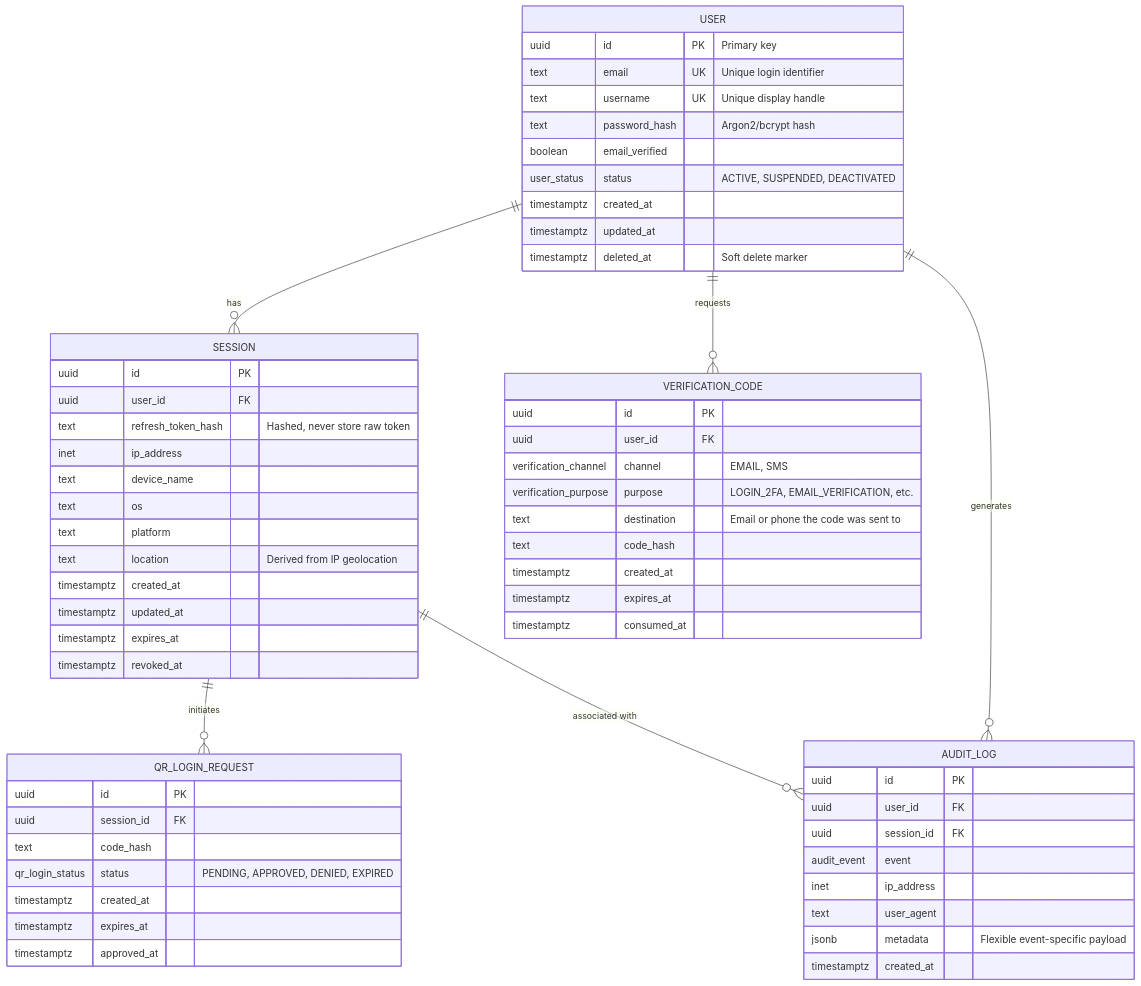
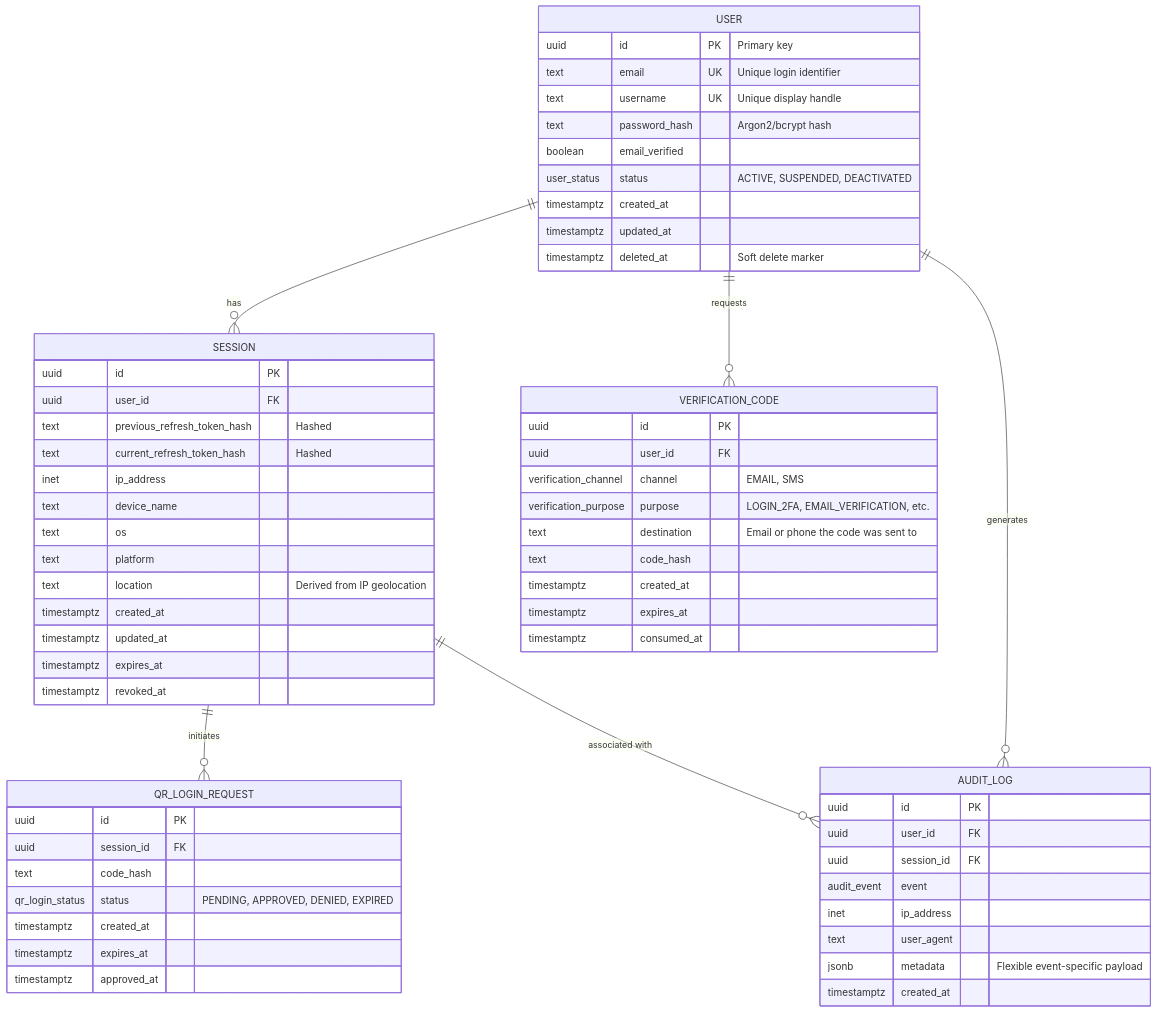
The diagram in README.md (CDavidSV/Authentication-Service), drawn with Mermaid before and after one commit. The commit also changed 6 other files, not shown here.

````diff
--- a/README.md
+++ b/README.md
@@ -5,69 +5,70 @@
 ```mermaid
 erDiagram
 
     USER {
         uuid id PK "Primary key"
         text email UK "Unique login identifier"
         text username UK "Unique display handle"
         text password_hash "Argon2/bcrypt hash"
         boolean email_verified
         user_status status "ACTIVE, SUSPENDED, DEACTIVATED"
         timestamptz created_at
         timestamptz updated_at
         timestamptz deleted_at "Soft delete marker"
     }
 
     SESSION {
         uuid id PK
         uuid user_id FK
-        text refresh_token_hash "Hashed, never store raw token"
+        text previous_refresh_token_hash "Hashed"
+        text current_refresh_token_hash "Hashed"
         inet ip_address
         text device_name
         text os
         text platform
         text location "Derived from IP geolocation"
         timestamptz created_at
         timestamptz updated_at
         timestamptz expires_at
         timestamptz revoked_at
     }
 
     VERIFICATION_CODE {
         uuid id PK
         uuid user_id FK
         verification_channel channel "EMAIL, SMS"
         verification_purpose purpose "LOGIN_2FA, EMAIL_VERIFICATION, etc."
         text destination "Email or phone the code was sent to"
         text code_hash
         timestamptz created_at
         timestamptz expires_at
         timestamptz consumed_at
     }
 
     QR_LOGIN_REQUEST {
         uuid id PK
         uuid session_id FK
         text code_hash
         qr_login_status status "PENDING, APPROVED, DENIED, EXPIRED"
         timestamptz created_at
         timestamptz expires_at
         timestamptz approved_at
     }
 
     AUDIT_LOG {
         uuid id PK
         uuid user_id FK
         uuid session_id FK
         audit_event event
         inet ip_address
         text user_agent
         jsonb metadata "Flexible event-specific payload"
         timestamptz created_at
     }
 
     USER ||--o{ SESSION : "has"
     USER ||--o{ VERIFICATION_CODE : "requests"
     SESSION ||--o{ QR_LOGIN_REQUEST : "initiates"
     USER ||--o{ AUDIT_LOG : "generates"
     SESSION ||--o{ AUDIT_LOG : "associated with"
 ```
````
